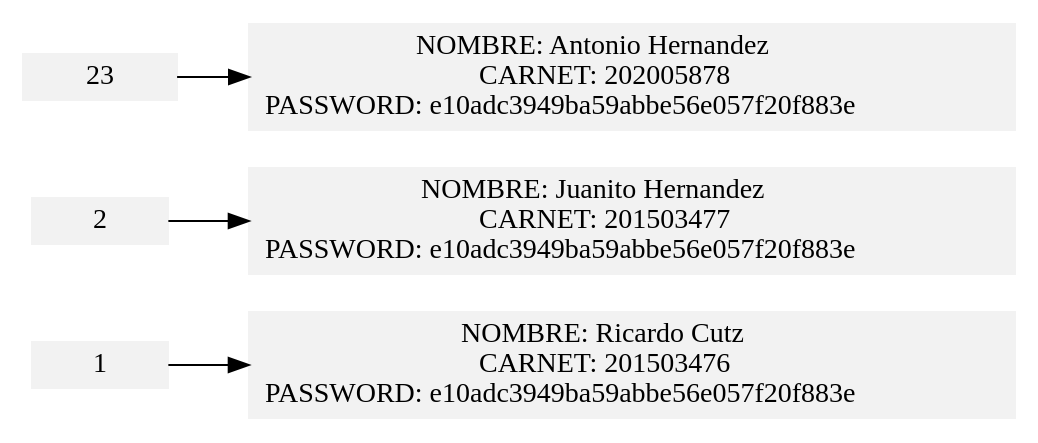
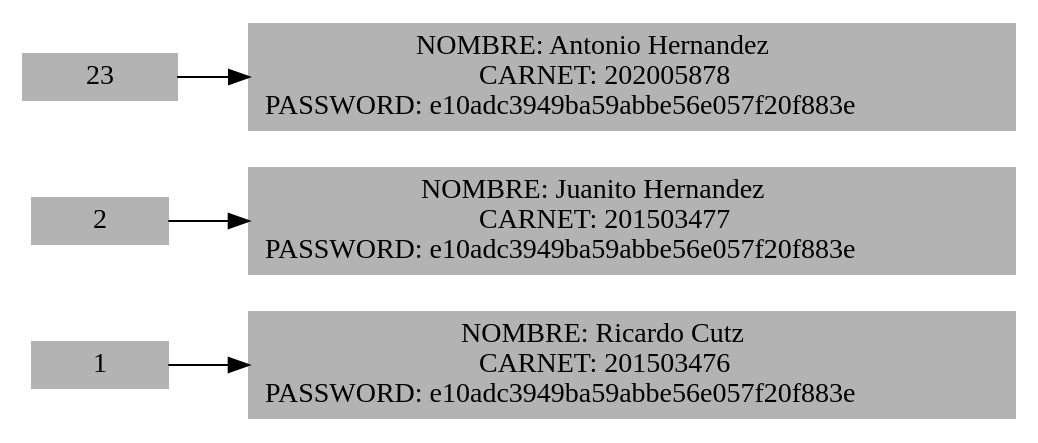
The diagram in ReporteUsuarios.dot (loumisha96/EDD_1S2020_PY2_201602935), drawn with Graphviz before and after one commit. The commit also changed 76 other files, not shown here.

```diff
--- a/ReporteUsuarios.dot
+++ b/ReporteUsuarios.dot
@@ -1,13 +1,13 @@
-digraph G{node[shape=record, width =.1, height = .1, style=filled, color = Gray95];
+digraph G{node[shape=record, width =.1, height = .1, style=filled, color = Gray70];
 rankdir=LR
 
 1[label = "{<ref>|<data>1 |}"]
-1->U0
-U0[label = < NOMBRE: Ricardo Cutz<BR/>CARNET: 201503476<BR/>PASSWORD: e10adc3949ba59abbe56e057f20f883e>]
+1->U3
+U3[label = < NOMBRE: Ricardo Cutz<BR/>CARNET: 201503476<BR/>PASSWORD: e10adc3949ba59abbe56e057f20f883e>]
 2[label = "{<ref>|<data>2 |}"]
-2->U1
-U1[label = < NOMBRE: Juanito Hernandez<BR/>CARNET: 201503477<BR/>PASSWORD: e10adc3949ba59abbe56e057f20f883e>]
+2->U4
+U4[label = < NOMBRE: Juanito Hernandez<BR/>CARNET: 201503477<BR/>PASSWORD: e10adc3949ba59abbe56e057f20f883e>]
 23[label = "{<ref>|<data>23 |}"]
-23->U2
-U2[label = < NOMBRE: Antonio Hernandez<BR/>CARNET: 202005878<BR/>PASSWORD: e10adc3949ba59abbe56e057f20f883e>]
+23->U5
+U5[label = < NOMBRE: Antonio Hernandez<BR/>CARNET: 202005878<BR/>PASSWORD: e10adc3949ba59abbe56e057f20f883e>]
 }
```
